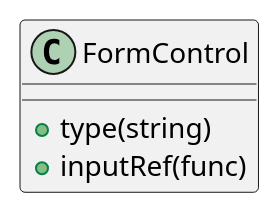
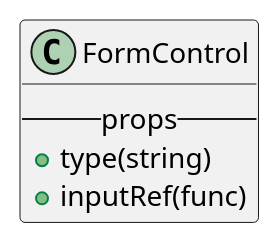
One commit to M9k/Marvin-Uml changed the diagram in react/bootstrap/formcontrol.iuml. Above: the diagram before and after it, drawn with PlantUML. The commit also changed 17 other files, not shown here.

```diff
--- a/react/bootstrap/formcontrol.iuml
+++ b/react/bootstrap/formcontrol.iuml
@@ -1,4 +1,5 @@
 class FormControl{
-+ type(string)
-+ inputRef(func)
+    --props--
+    + type(string)
+    + inputRef(func)
 }
```
